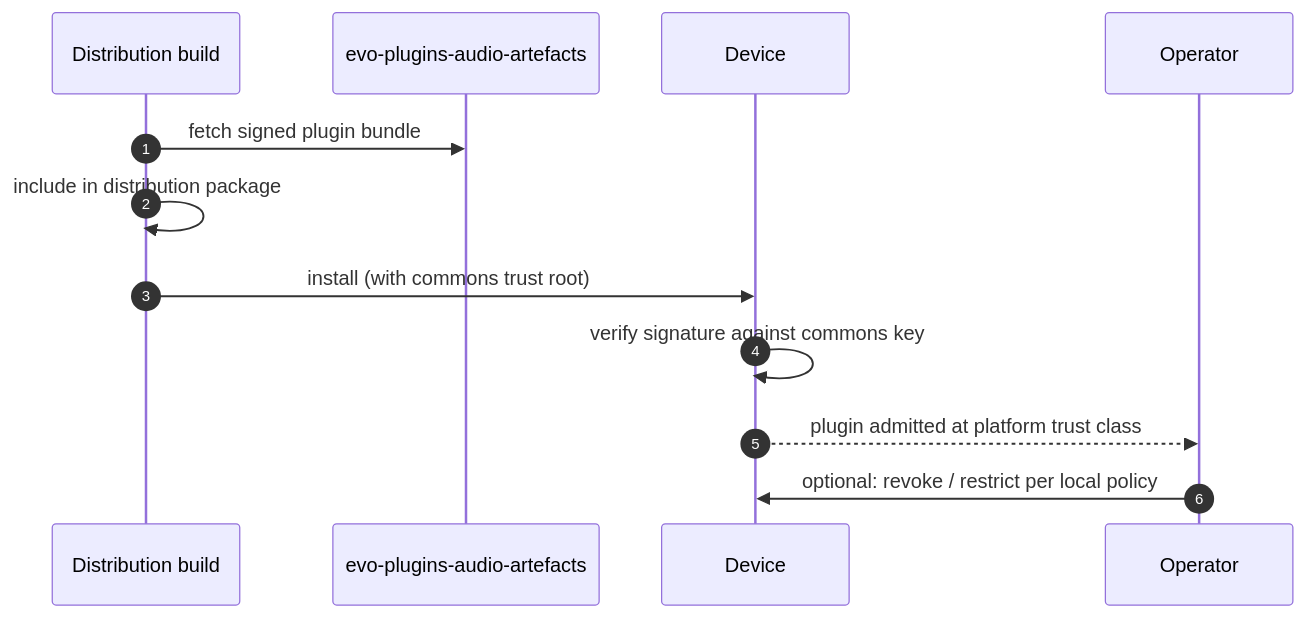
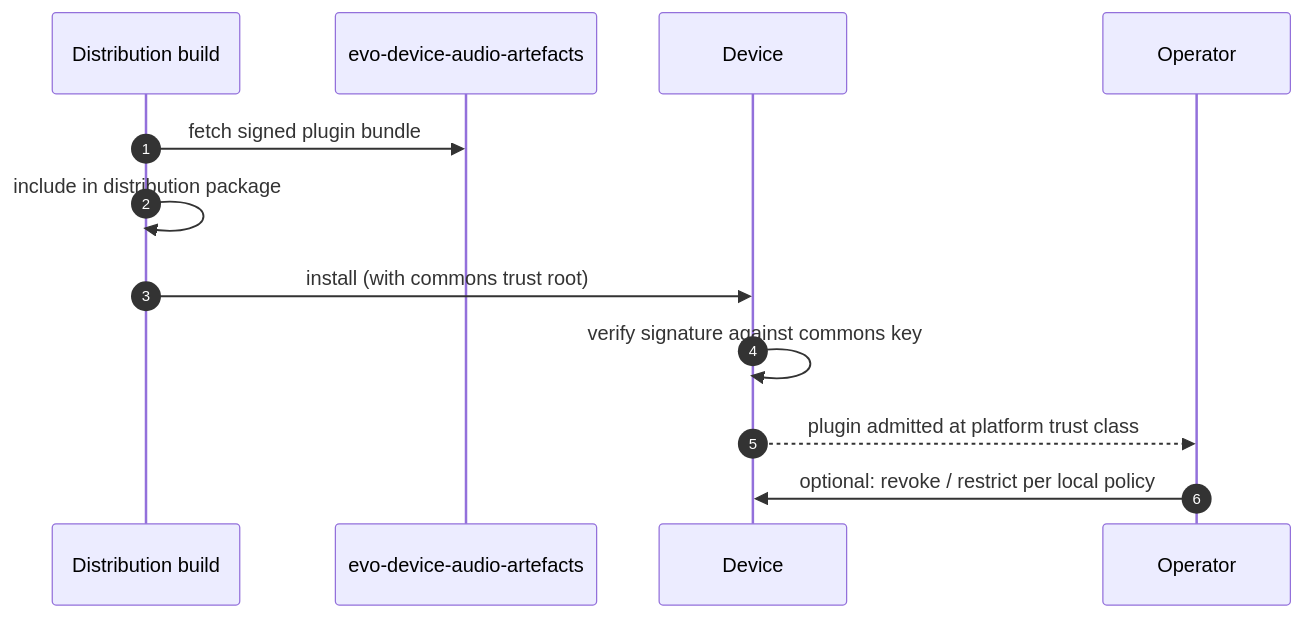
The second of 2 diagrams in README.md (foonerd/evo-device-audio), drawn with Mermaid before and after one commit. The commit also changed other lines of this file and 18 other files, not shown here.

First line of the commit message:
chore(rename): rebrand evo-plugins-audio to evo-device-audio per the reference-generic-device tier model

````diff
--- a/README.md
+++ b/README.md
@@ -69,15 +69,15 @@
 ```mermaid
 sequenceDiagram
     autonumber
     participant Vendor as Distribution build
-    participant Commons as evo-plugins-audio-artefacts
+    participant Commons as evo-device-audio-artefacts
     participant Device as Device
     participant Op as Operator
 
     Vendor->>Commons: fetch signed plugin bundle
     Vendor->>Vendor: include in distribution package
     Vendor->>Device: install (with commons trust root)
     Device->>Device: verify signature against commons key
     Device-->>Op: plugin admitted at platform trust class
     Op->>Device: optional: revoke / restrict per local policy
 ```
````
